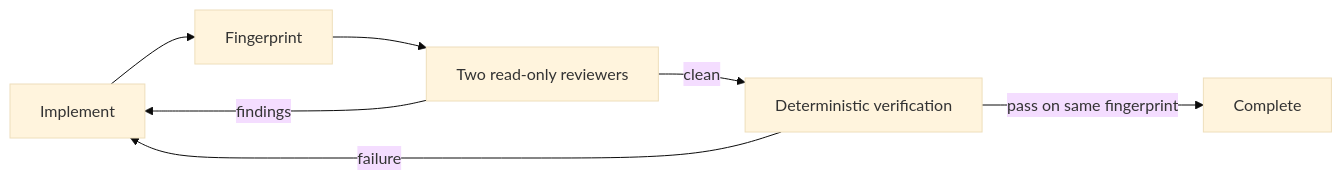
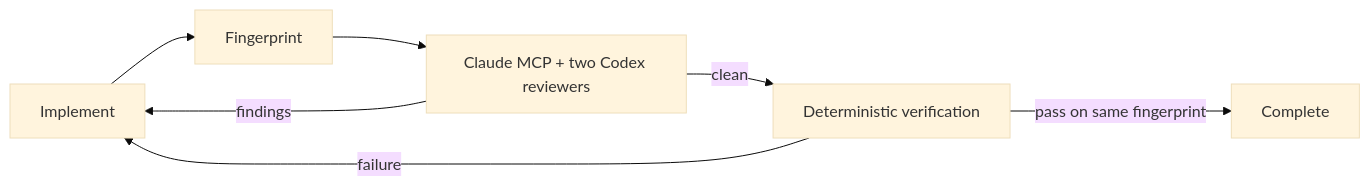
One commit to sd0xdev/sd0x-dev-flow-codex changed the diagram in README.md. Above: the diagram before and after it, drawn with Mermaid (base theme). The commit also changed other lines of this file and 47 other files, not shown here.

First line of the commit message:
feat: add sd0x-dev-flow Codex plugin scaffold (runtime, MCP, tests)

````diff
--- a/README.md
+++ b/README.md
@@ -18,9 +18,9 @@
 ```mermaid
 flowchart LR
   E[Implement] --> F[Fingerprint]
-  F --> R[Two read-only reviewers]
+  F --> R[Claude MCP + two Codex reviewers]
   R -->|findings| E
   R -->|clean| V[Deterministic verification]
   V -->|failure| E
   V -->|pass on same fingerprint| C[Complete]
 ```
````
